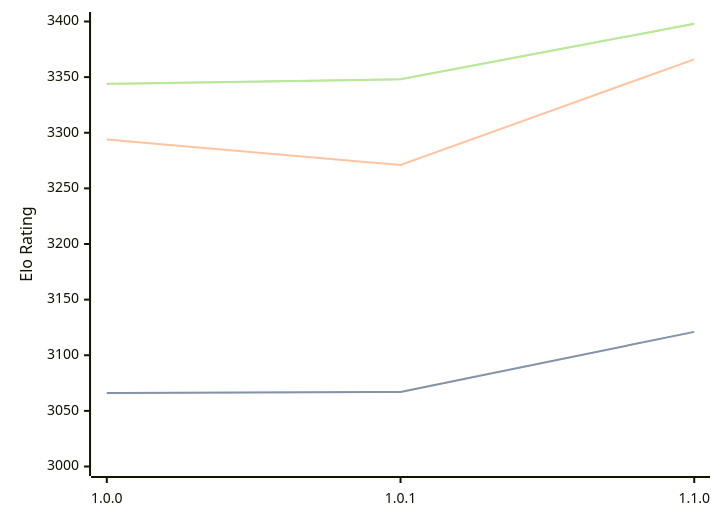
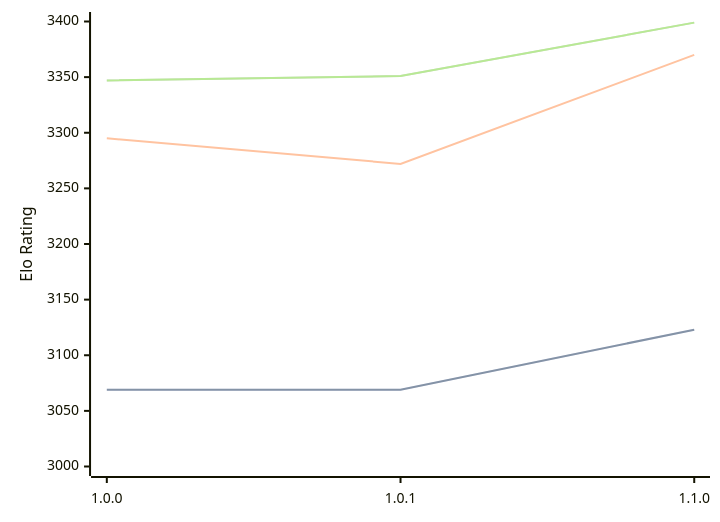
One commit to computer-chess-index/cci changed the diagram in engines/Ursus.md. Above: the diagram before and after it, drawn with Mermaid. The commit also changed other lines of this file, not shown here.

Commit message:
Update CCI Ratings (ELO VLTC) - 2026-09-01

````diff
--- a/engines/Ursus.md
+++ b/engines/Ursus.md
@@ -33,11 +33,11 @@
 ```mermaid
 %%{init: {"theme":"base","themeVariables":{"seriesColors:['#a3a3a3','#222221','#faa371']}}}%%
 xychart-beta
   x-axis ["1.0.0", "1.0.1", "1.1.0"]
   y-axis "Elo Rating" 3000 --> 3400
-  line "" [3066, 3067, 3121]
-  line "STC (8.0+0.08s)" [3066, 3067, 3121]
-  line "LTC (60.0+0.60s)" [3294, 3271, 3366]
-  line "" [3344, 3348, 3398]
-  line "VLTC (2m24s+1.12s)" [3344, 3348, 3398]
+  line "" [3069, 3069, 3123]
+  line "STC (8.0+0.08s)" [3069, 3069, 3123]
+  line "LTC (60.0+0.60s)" [3295, 3272, 3370]
+  line "" [3347, 3351, 3399]
+  line "VLTC (2m24s+1.12s)" [3347, 3351, 3399]
 ```
````
